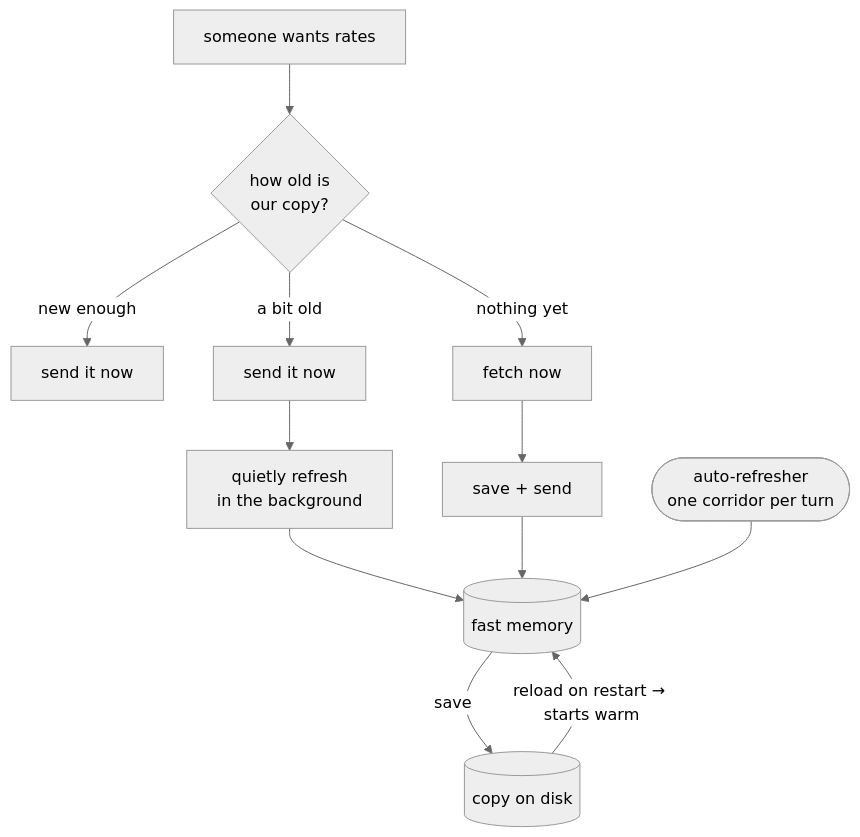
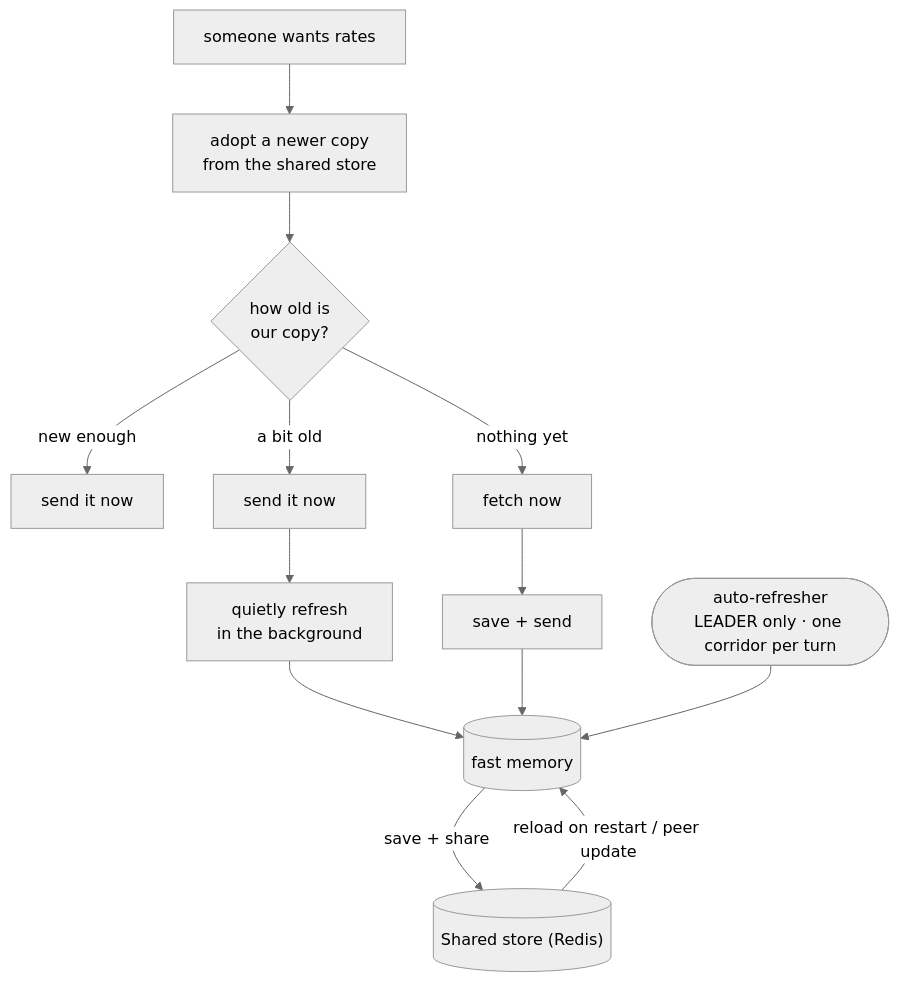
One commit to Navong/rates-scrapper changed the fourth of 6 diagrams in README.md. Above: the diagram before and after it, drawn with Mermaid (neutral theme). The commit also changed other lines of this file, not shown here.

First line of the commit message:
docs: README reflects Redis shared state + multi-instance

````diff
--- a/README.md
+++ b/README.md
@@ -109,13 +114,14 @@
 ```mermaid
 flowchart TD
-    REQ[someone wants rates] --> Q{how old is<br/>our copy?}
+    REQ[someone wants rates] --> SYNC[adopt a newer copy<br/>from the shared store]
+    SYNC --> Q{how old is<br/>our copy?}
     Q -->|new enough| SERVE[send it now]
     Q -->|a bit old| SS[send it now] --> REV[quietly refresh<br/>in the background]
     Q -->|nothing yet| SCRAPE[fetch now] --> FILL[save + send]
     REV --> MEM
     FILL --> MEM
 
-    WARM([auto-refresher<br/>one corridor per turn]) --> MEM[("fast memory")]
-    MEM -->|save| DISK[("copy on disk")]
-    DISK -->|reload on restart → starts warm| MEM
+    WARM([auto-refresher<br/>LEADER only · one corridor per turn]) --> MEM[("fast memory")]
+    MEM -->|save + share| STORE[("Shared store (Redis)")]
+    STORE -->|reload on restart / peer update| MEM
 ```
````
